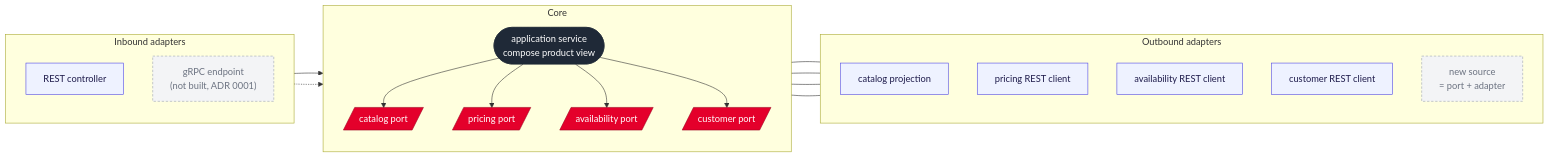
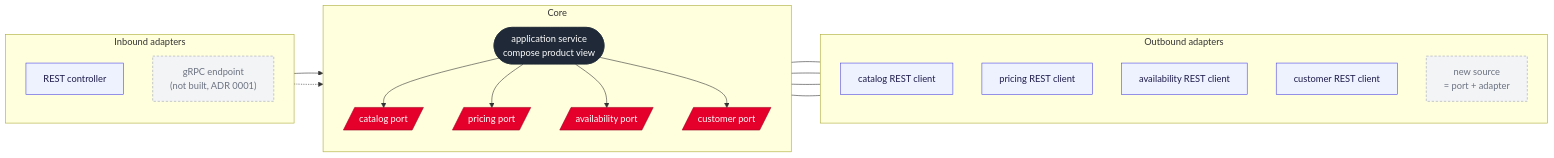
One commit to dawid-walter/shopper changed the diagram in docs/adr/0008-ports-and-adapters-in-the-aggregator.md. Above: the diagram before and after it, drawn with Mermaid. The commit also changed 7 other files, not shown here.

First line of the commit message:
docs(adr): reject the catalog projection and keep events as future work (ADR 0010)

````diff
--- a/docs/adr/0008-ports-and-adapters-in-the-aggregator.md
+++ b/docs/adr/0008-ports-and-adapters-in-the-aggregator.md
@@ -40,40 +40,40 @@
 ```mermaid
 flowchart LR
   subgraph in["Inbound adapters"]
     direction TB
     REST["REST controller"]
     GRPC["gRPC endpoint<br/>(not built, ADR 0001)"]
   end
   subgraph hex["Core"]
     direction TB
     APP(["application service<br/>compose product view"])
     P1[/"catalog port"/]
     P2[/"pricing port"/]
     P3[/"availability port"/]
     P4[/"customer port"/]
     APP --> P1 & P2 & P3 & P4
   end
   subgraph out["Outbound adapters"]
     direction TB
-    O1["catalog projection"]
+    O1["catalog REST client"]
     O2["pricing REST client"]
     O3["availability REST client"]
     O4["customer REST client"]
     O5["new source<br/>= port + adapter"]
   end
   REST --> APP
   GRPC -.-> APP
   P1 --- O1
   P2 --- O2
   P3 --- O3
   P4 --- O4
 
   classDef core fill:#1f2937,stroke:#1f2937,color:#fff
   classDef port fill:#e4002b,stroke:#9f0020,color:#fff
   classDef adapter fill:#eef2ff,stroke:#4f46e5,color:#1e1b4b
   classDef future fill:#f3f4f6,stroke:#9ca3af,color:#6b7280,stroke-dasharray:4 3
   class APP core
   class P1,P2,P3,P4 port
   class REST,O1,O2,O3,O4 adapter
   class GRPC,O5 future
 ```
````
